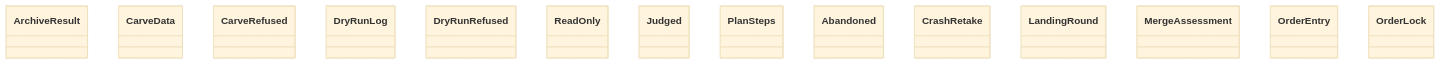
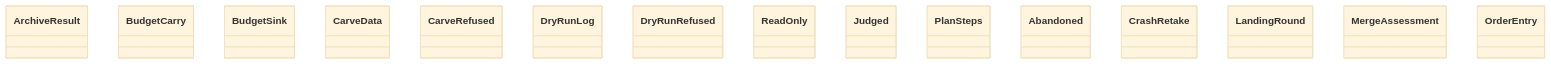
Before and after one commit to GonzaloZevallos/agentic-system: the diagram in docs/architecture/generated/classes-process-application-lifecycle-1.md, drawn with Mermaid (base theme). The commit also changed 7 other files, not shown here.

Commit message:
Regenerate architecture docs for budget_round and GraphqlReading

````diff
--- a/docs/architecture/generated/classes-process-application-lifecycle-1.md
+++ b/docs/architecture/generated/classes-process-application-lifecycle-1.md
@@ -20,17 +20,18 @@
 ```mermaid
 classDiagram
     class archive__ArchiveResult["ArchiveResult"]
+    class budget_round__BudgetCarry["BudgetCarry"]
+    class budget_round__BudgetSink["BudgetSink"]
     class carve_out__CarveData["CarveData"]
     class carve_out__CarveRefused["CarveRefused"]
     class dry_run__DryRunLog["DryRunLog"]
     class dry_run__DryRunRefused["DryRunRefused"]
     class dry_run__ReadOnly["ReadOnly"]
     class plan_carve_out__Judged["Judged"]
     class plan_carve_out__PlanSteps["PlanSteps"]
     class poll__Abandoned["Abandoned"]
     class poll__CrashRetake["CrashRetake"]
     class poll__LandingRound["LandingRound"]
     class poll__MergeAssessment["MergeAssessment"]
     class poll__OrderEntry["OrderEntry"]
-    class poll__OrderLock["OrderLock"]
 ```
````
